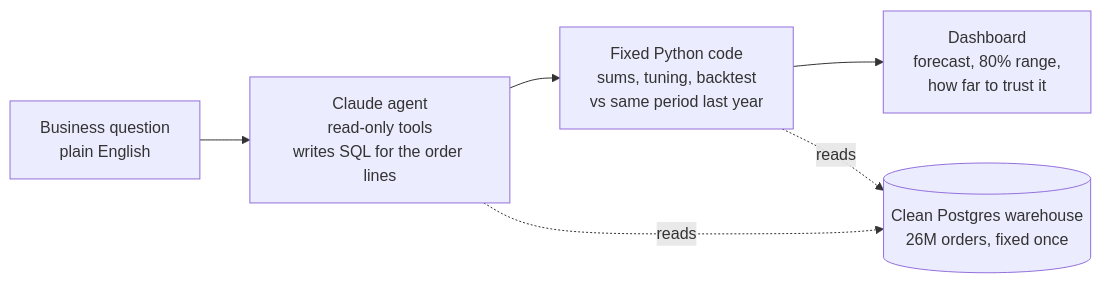
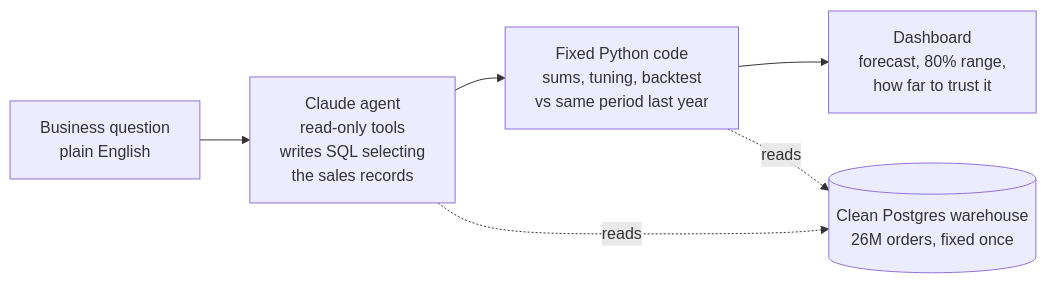
One commit to joehahn/demand-on-demand changed the diagram in README.md. Above: the diagram before and after it, drawn with Mermaid.

Commit message:
README diagram: sales records

````diff
--- a/README.md
+++ b/README.md
@@ -24,8 +24,8 @@
 ```mermaid
 flowchart LR
-    Q["Business question<br/>plain English"] --> A["Claude agent<br/>read-only tools<br/>writes SQL for the order lines"]
+    Q["Business question<br/>plain English"] --> A["Claude agent<br/>read-only tools<br/>writes SQL selecting<br/>the sales records"]
     A --> H["Fixed Python code<br/>sums, tuning, backtest<br/>vs same period last year"]
     H --> D["Dashboard<br/>forecast, 80% range,<br/>how far to trust it"]
     A -. reads .-> W[("Clean Postgres warehouse<br/>26M orders, fixed once")]
     H -. reads .-> W
 ```
````
